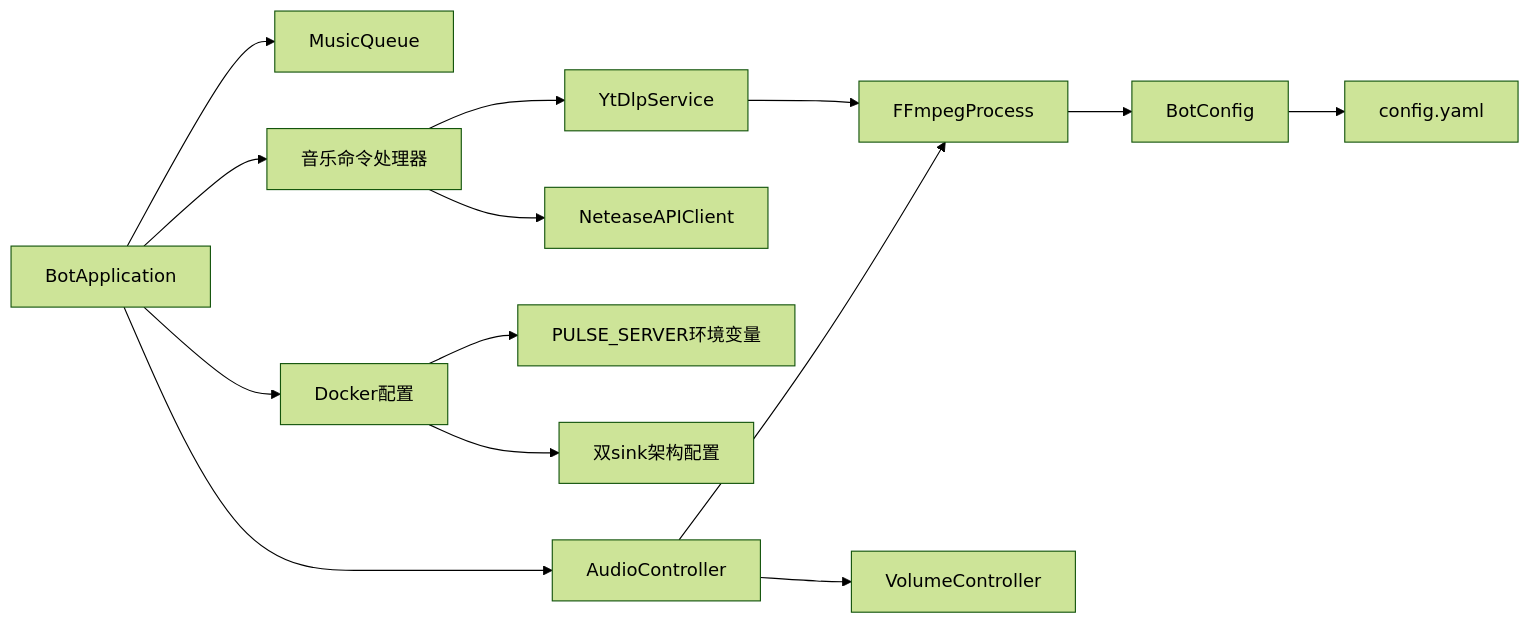
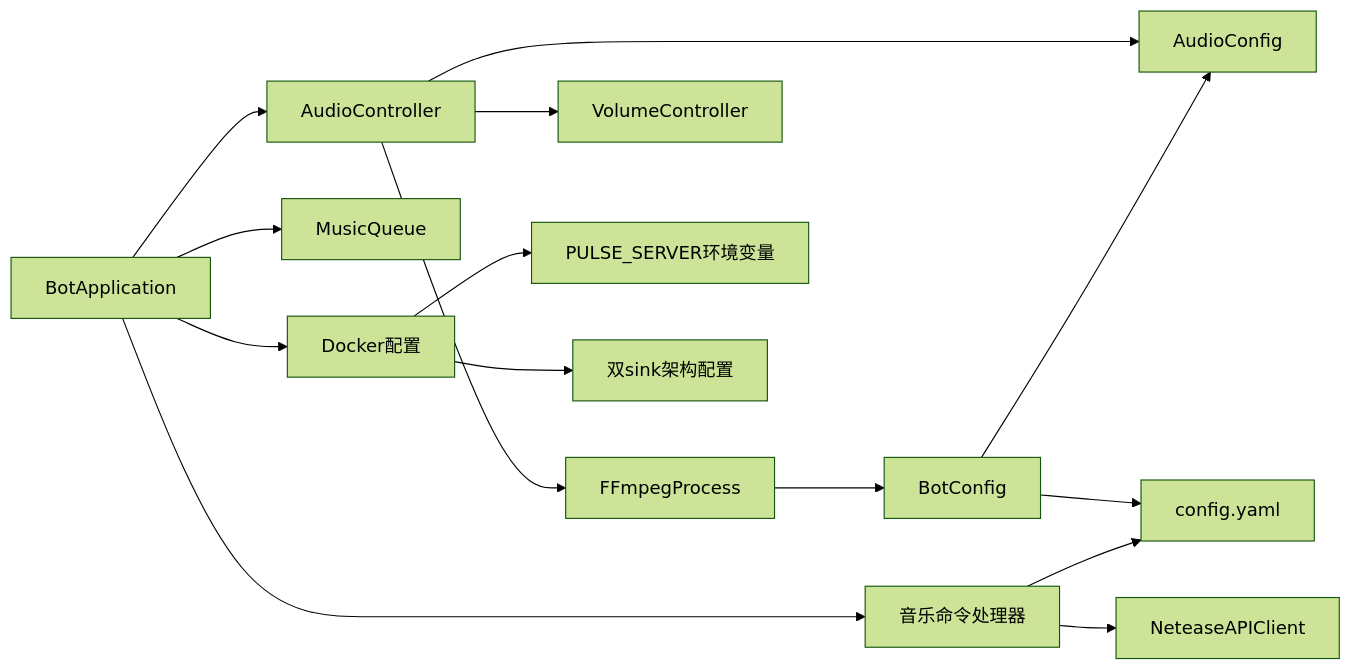
The eighth of 8 diagrams in .qoder/repowiki/zh/content/音乐播放系统/FFmpeg集成.md (GhoulOwl/Teamspeak3_Bot), drawn with Mermaid (forest theme) before and after one commit. The commit also changed other lines of this file and 7 other files, not shown here.

````diff
--- a/.qoder/repowiki/zh/content/音乐播放系统/FFmpeg集成.md
+++ b/.qoder/repowiki/zh/content/音乐播放系统/FFmpeg集成.md
@@ -506,16 +600,17 @@
 ```mermaid
 graph LR
 AC["AudioController"] --> FF["FFmpegProcess"]
 AC --> VC["VolumeController"]
+AC --> ACFG["AudioConfig"]
 APP["BotApplication"] --> AC
 APP --> MQ["MusicQueue"]
 APP --> CMD["音乐命令处理器"]
 CMD --> NC["NeteaseAPIClient"]
 FF --> CFG["BotConfig"]
+CFG --> ACFG
 CFG --> YAML["config.yaml"]
 APP --> DC["Docker配置"]
 DC --> ENV["PULSE_SERVER环境变量"]
 DC --> PA["双sink架构配置"]
-CMD --> YT["YtDlpService"]
-YT --> FF
+CMD --> YAML
 ```
````
